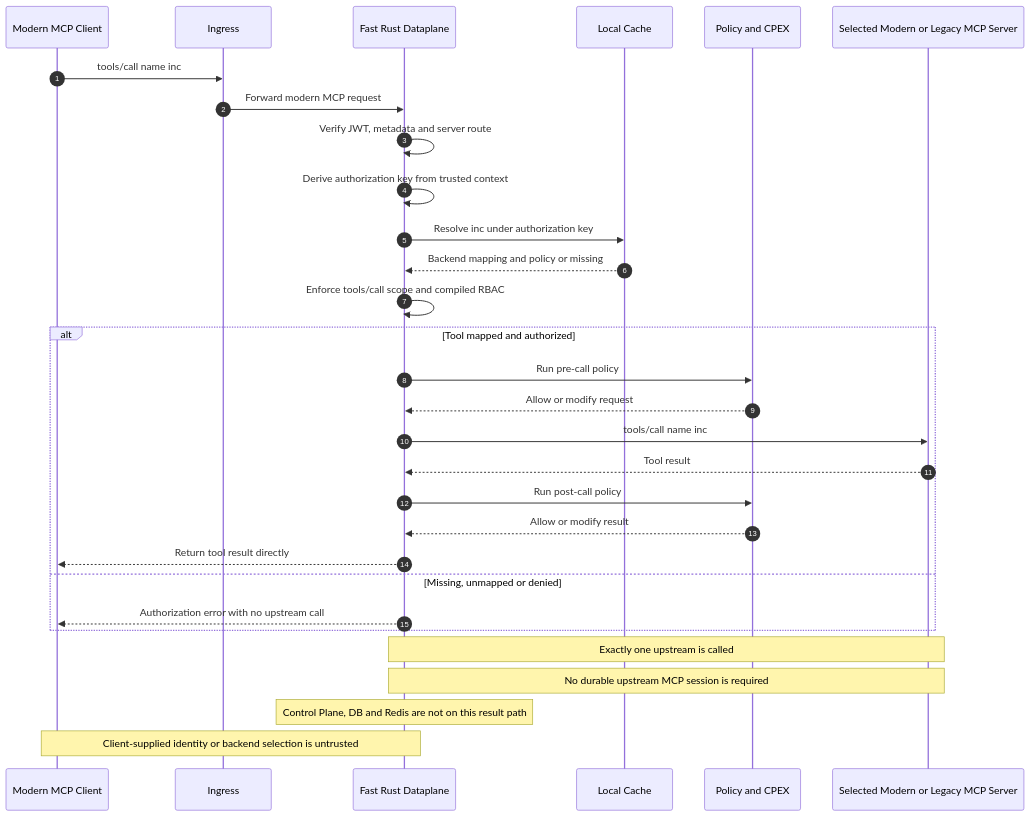
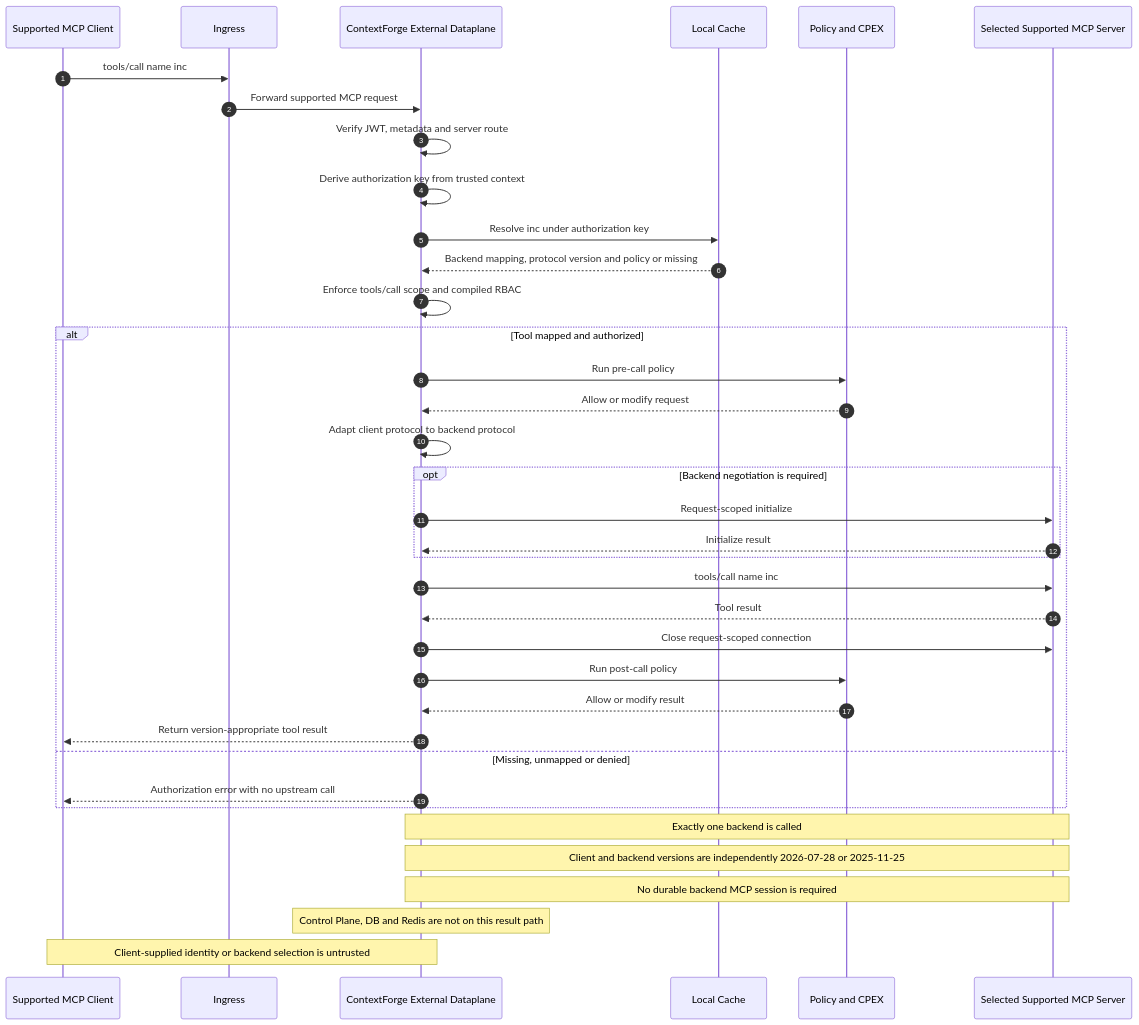
Before and after one commit to contextforge-gateway-rs/contextforge-gateway-rs: the fourth of 5 diagrams in _context/wiki/mcp-capability-allocation.md, drawn with Mermaid. The commit also changed other lines of this file and 11 other files, not shown here.

````diff
--- a/_context/wiki/mcp-capability-allocation.md
+++ b/_context/wiki/mcp-capability-allocation.md
@@ -274,35 +318,42 @@
 ```mermaid
 sequenceDiagram
     autonumber
-    participant Client as Modern MCP Client
+    participant Client as Supported MCP Client
     participant Ingress
-    participant DP as Fast Rust Dataplane
+    participant DP as ContextForge External Dataplane
     participant Cache as Local Cache
     participant CPEX as Policy and CPEX
-    participant MCP as Selected Modern or Legacy MCP Server
+    participant MCP as Selected Supported MCP Server
 
     Client->>Ingress: tools/call name inc
-    Ingress->>DP: Forward modern MCP request
+    Ingress->>DP: Forward supported MCP request
     DP->>DP: Verify JWT, metadata and server route
     DP->>DP: Derive authorization key from trusted context
     DP->>Cache: Resolve inc under authorization key
-    Cache-->>DP: Backend mapping and policy or missing
+    Cache-->>DP: Backend mapping, protocol version and policy or missing
     DP->>DP: Enforce tools/call scope and compiled RBAC
 
     alt Tool mapped and authorized
         DP->>CPEX: Run pre-call policy
         CPEX-->>DP: Allow or modify request
+        DP->>DP: Adapt client protocol to backend protocol
+        opt Backend negotiation is required
+            DP->>MCP: Request-scoped initialize
+            MCP-->>DP: Initialize result
+        end
         DP->>MCP: tools/call name inc
         MCP-->>DP: Tool result
+        DP->>MCP: Close request-scoped connection
         DP->>CPEX: Run post-call policy
         CPEX-->>DP: Allow or modify result
-        DP-->>Client: Return tool result directly
+        DP-->>Client: Return version-appropriate tool result
     else Missing, unmapped or denied
         DP-->>Client: Authorization error with no upstream call
     end
 
-    Note over DP,MCP: Exactly one upstream is called
-    Note over DP,MCP: No durable upstream MCP session is required
+    Note over DP,MCP: Exactly one backend is called
+    Note over DP,MCP: Client and backend versions are independently 2026-07-28 or 2025-11-25
+    Note over DP,MCP: No durable backend MCP session is required
     Note over DP: Control Plane, DB and Redis are not on this result path
     Note over Client,DP: Client-supplied identity or backend selection is untrusted
 ```
````
